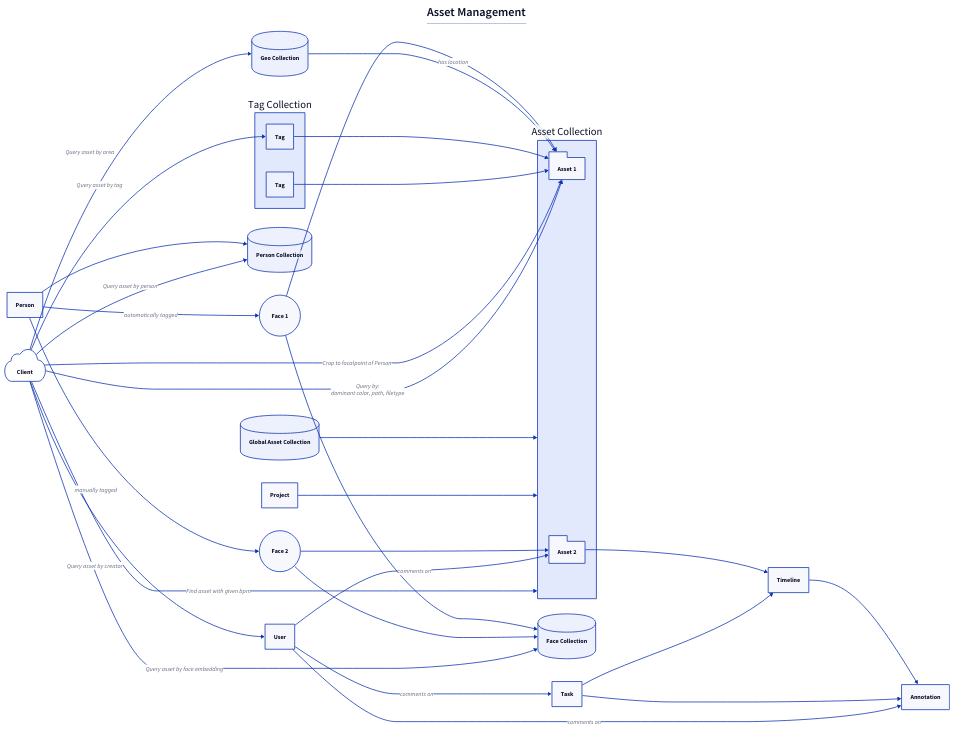
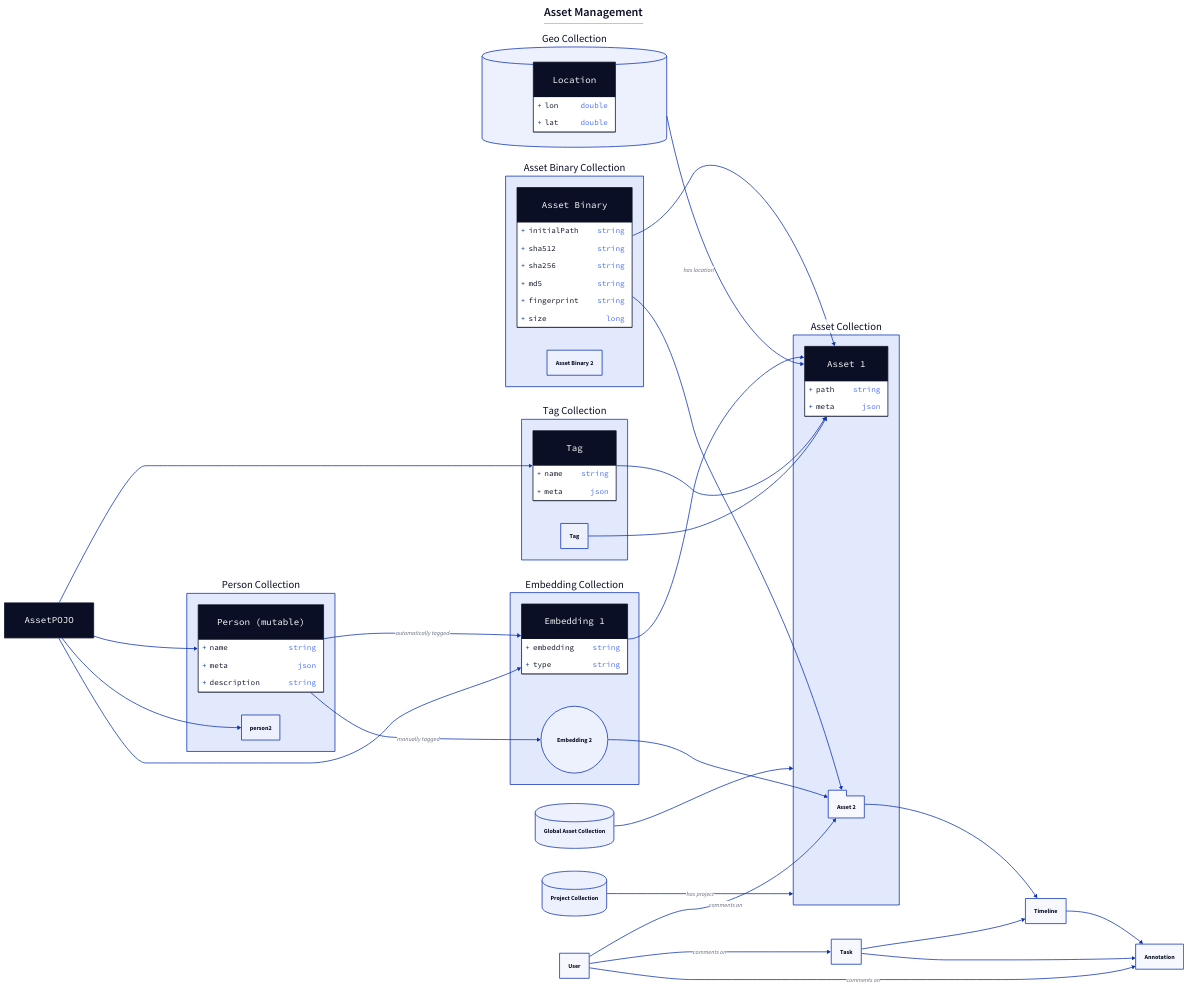
Before and after one commit to metaloom/loom: the diagram in design/Domain/Asset.md, drawn with D2. The commit also changed other lines of this file and 4 other files, not shown here.

````diff
--- a/design/Domain/Asset.md
+++ b/design/Domain/Asset.md
@@ -7,44 +7,79 @@
 | { near: top-center }
 
 
-face1: Face 1 { shape: circle }
-face2: Face 2 { shape: circle }
-person1: Person
-project: Project
+
+prc: Project Collection { shape: cylinder
+
+}
 
 ac: {
-  a1: Asset 1 { shape: package }
+  a1: Asset 1  {shape: class 
+    path: "string"
+    meta: "json"
+  }
   a2: Asset 2 { shape: package }
 }
+
+abc: Asset Binary Collection {
+ ab: Asset Binary {shape: class 
+    initialPath: "string"
+    sha512: "string"
+    sha256: "string"
+    md5: "string"
+    fingerprint: "string"
+    size: "long"
+ }
+ ab2: Asset Binary 2 
+}
+
+abc.ab -> ac.a1
+abc.ab -> ac.a2
 
 # Collections
 ac: Asset Collection
 gac: Global Asset Collection { shape: cylinder }
 gc: Geo Collection { shape: cylinder }
-fc: Face Collection { shape: cylinder }
-pc: Person Collection { shape: cylinder }
+gc.location: Location {
+  shape: class
+  lon: "double"
+  lat: "double"
+}
+
+ebc: Embedding Collection {
+  embedding1: Embedding 1 {shape: class 
+    embedding: "string"
+    type: "string"
+  }
+  embedding2: Embedding 2 { shape: circle }
+}
+pc: Person Collection {
+ person1: Person (mutable) {shape: class 
+    name: "string"
+    meta: "json"
+    description: "string"
+  }
+}
 
 gac -> ac
-project -> ac
-face1 -> ac.a1
-face2 -> ac.a2
+ebc.embedding1 -> ac.a1
+ebc.embedding2 -> ac.a2
+prc -> ac: has project
 gc -> ac.a1: has location
-person1 -> face1: automatically tagged
-person1 -> face2: manually tagged
+pc.person1 -> ebc.embedding1: automatically tagged
+pc.person1 -> ebc.embedding2: manually tagged
 
 tc: Tag Collection
 
 tc: {
-  tag1: Tag
+  tag1: Tag { shape: class
+    name: "string"
+    meta: "json"
+  }
   tag2: Tag
 }
 
 tc.tag1 -> ac.a1
 tc.tag2 -> ac.a1
-
-pc <- person1
-fc <- face1
-fc <- face2
 
 timeline: Timeline
 an: Annotation
@@ -61,20 +96,15 @@
 user -> ac.a2: comments on
 user: User
 
-# Client usecases
-client: Client { shape: cloud }
+ap: AssetPOJO {
+  shape: class 
+}
+ap -> pc.person1
+ap -> pc.person2
+ap -> tc.tag1
+ap -> ebc.embedding1
 
-client -> gc: Query asset by area
-client -> pc: Query asset by person
-client -> fc: Query asset by face embedding
-client -> tc.tag1: Query asset by tag
-client -> user: Query asset by creator
-client -> ac.a1: Crop to focalpoint of Person 
-client -> ac: Find asset with given bpm
-client -> ac.a1: |md
-Query by:
-dominant color, path, filetype
-|
+
 
 
 ```
````
